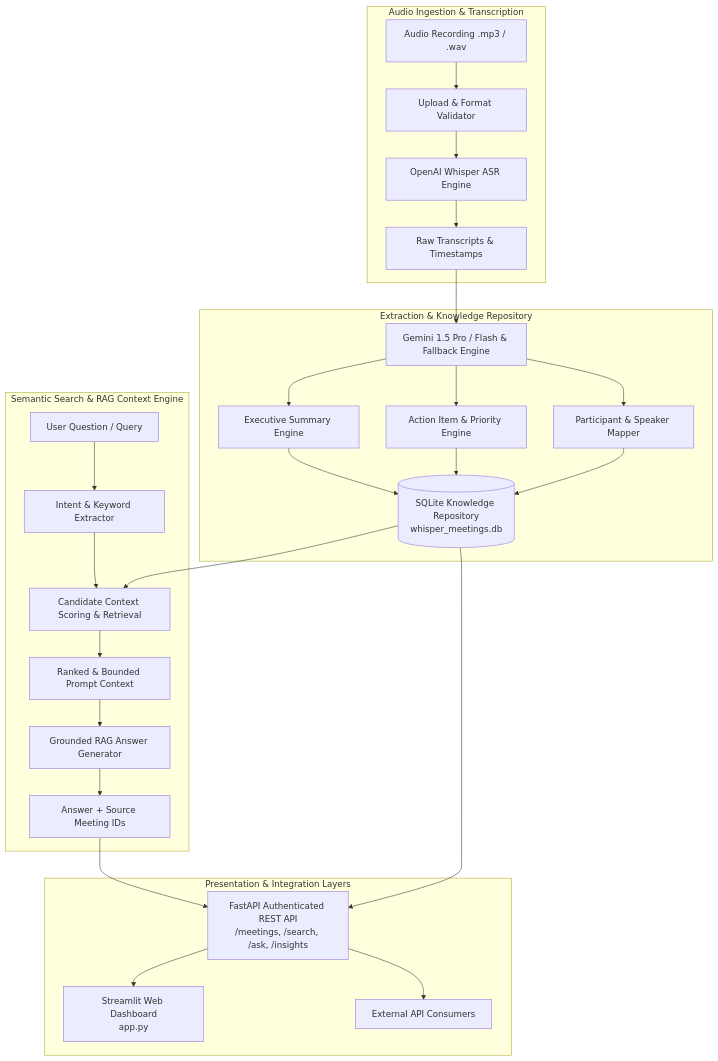
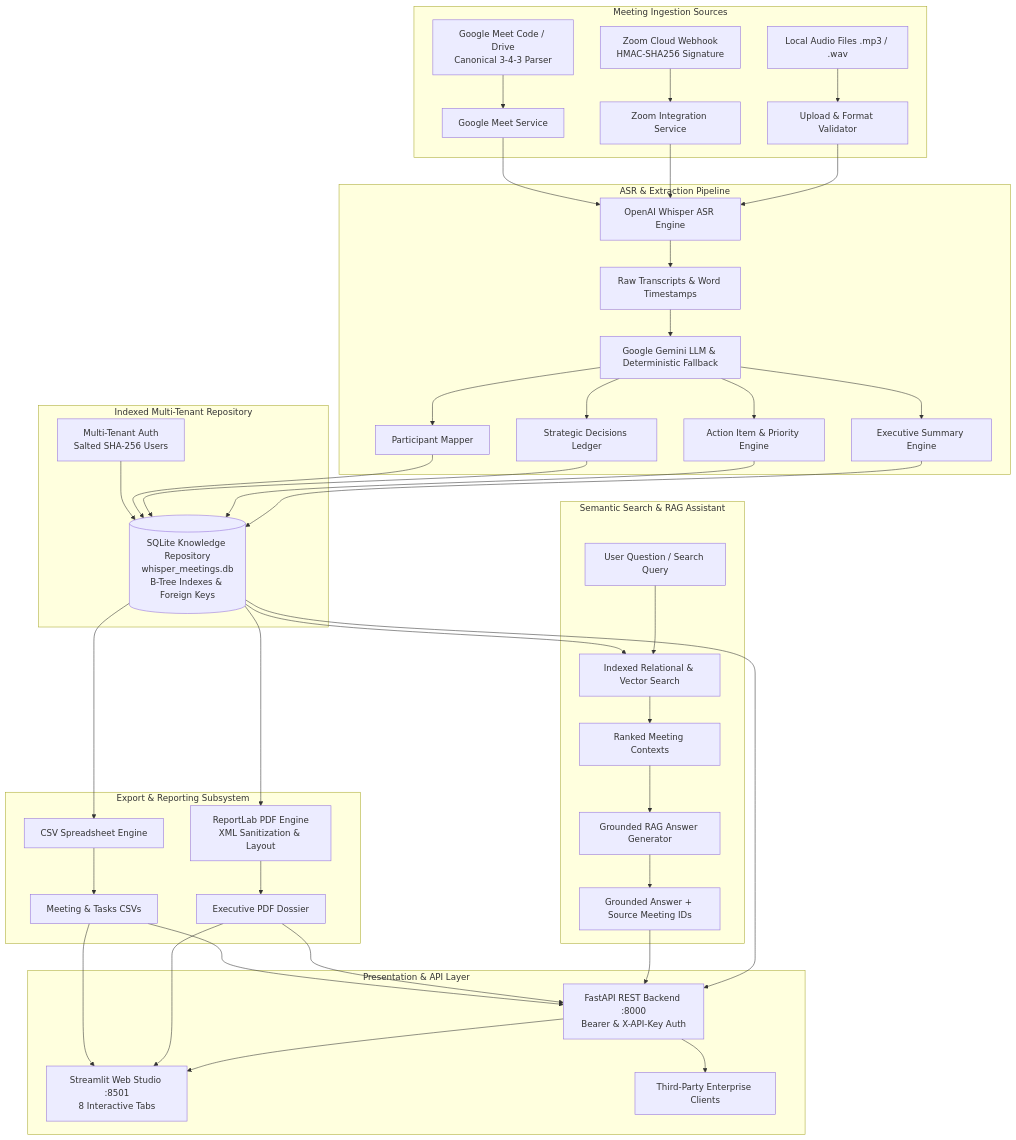
The diagram in README.md (priyanshu68-1/whisper-transcription1), drawn with Mermaid before and after one commit. The commit also changed other lines of this file and 23 other files, not shown here.

Commit message:
feat: complete milestone 4 - external integrations, multi-format export, security & deployment

````diff
--- a/README.md
+++ b/README.md
@@ -57,34 +87,54 @@
 ```mermaid
 flowchart TD
-    subgraph Ingestion["Audio Ingestion & Transcription"]
-        Audio[Audio Recording .mp3 / .wav] --> UploadVal[Upload & Format Validator]
-        UploadVal --> Whisper[OpenAI Whisper ASR Engine]
-        Whisper --> Transcripts[Raw Transcripts & Timestamps]
+    subgraph Sources["Meeting Ingestion Sources"]
+        Audio[Local Audio Files .mp3 / .wav] --> UploadVal[Upload & Format Validator]
+        ZoomWebhook[Zoom Cloud Webhook<br/>HMAC-SHA256 Signature] --> ZoomService[Zoom Integration Service]
+        GoogleMeet[Google Meet Code / Drive<br/>Canonical 3-4-3 Parser] --> MeetService[Google Meet Service]
     end
 
-    subgraph Intelligence["Extraction & Knowledge Repository"]
-        Transcripts --> LLM[Gemini 1.5 Pro / Flash & Fallback Engine]
+    subgraph Transcription["ASR & Extraction Pipeline"]
+        UploadVal --> Whisper[OpenAI Whisper ASR Engine]
+        ZoomService --> Whisper
+        MeetService --> Whisper
+        Whisper --> Transcripts[Raw Transcripts & Word Timestamps]
+        Transcripts --> LLM[Google Gemini LLM & Deterministic Fallback]
         LLM --> Summary[Executive Summary Engine]
         LLM --> Actions[Action Item & Priority Engine]
-        LLM --> Participants[Participant & Speaker Mapper]
-        Summary --> DB[(SQLite Knowledge Repository<br/>whisper_meetings.db)]
-        Actions --> DB
-        Participants --> DB
+        LLM --> Decisions[Strategic Decisions Ledger]
+        LLM --> Participants[Participant Mapper]
     end
 
-    subgraph Retrieval["Semantic Search & RAG Context Engine"]
-        UserQuery[User Question / Query] --> IntentExtract[Intent & Keyword Extractor]
-        IntentExtract --> ContextRetriever[Candidate Context Scoring & Retrieval]
-        DB --> ContextRetriever
-        ContextRetriever --> PromptContext[Ranked & Bounded Prompt Context]
-        PromptContext --> GroundedLLM[Grounded RAG Answer Generator]
-        GroundedLLM --> GroundedAnswer[Answer + Source Meeting IDs]
+    subgraph Repository["Indexed Multi-Tenant Repository"]
+        Summary --> DB[(SQLite Knowledge Repository<br/>whisper_meetings.db<br/>B-Tree Indexes & Foreign Keys)]
+        Actions --> DB
+        Decisions --> DB
+        Participants --> DB
+        Users[Multi-Tenant Auth<br/>Salted SHA-256 Users] --> DB
     end
 
-    subgraph Interfaces["Presentation & Integration Layers"]
-        DB --> API[FastAPI Authenticated REST API<br/>/meetings, /search, /ask, /insights]
-        GroundedAnswer --> API
-        API --> StreamlitUI[Streamlit Web Dashboard<br/>app.py]
-        API --> ExternalClients[External API Consumers]
+    subgraph Exporters["Export & Reporting Subsystem"]
+        DB --> ReportLab[ReportLab PDF Engine<br/>XML Sanitization & Layout]
+        DB --> CSVEngine[CSV Spreadsheet Engine]
+        ReportLab --> PDFDossier[Executive PDF Dossier]
+        CSVEngine --> FullCSV[Meeting & Tasks CSVs]
+    end
+
+    subgraph RAGEngine["Semantic Search & RAG Assistant"]
+        UserQuery[User Question / Search Query] --> Retriever[Indexed Relational & Vector Search]
+        DB --> Retriever
+        Retriever --> Context[Ranked Meeting Contexts]
+        Context --> GroundedLLM[Grounded RAG Answer Generator]
+        GroundedLLM --> GroundedAnswer[Grounded Answer + Source Meeting IDs]
+    end
+
+    subgraph Interfaces["Presentation & API Layer"]
+        DB --> FastAPI[FastAPI REST Backend :8000<br/>Bearer & X-API-Key Auth]
+        GroundedAnswer --> FastAPI
+        PDFDossier --> FastAPI
+        FullCSV --> FastAPI
+        FastAPI --> StreamlitUI[Streamlit Web Studio :8501<br/>8 Interactive Tabs]
+        PDFDossier --> StreamlitUI
+        FullCSV --> StreamlitUI
+        FastAPI --> ExternalApps[Third-Party Enterprise Clients]
     end
 ```
````
